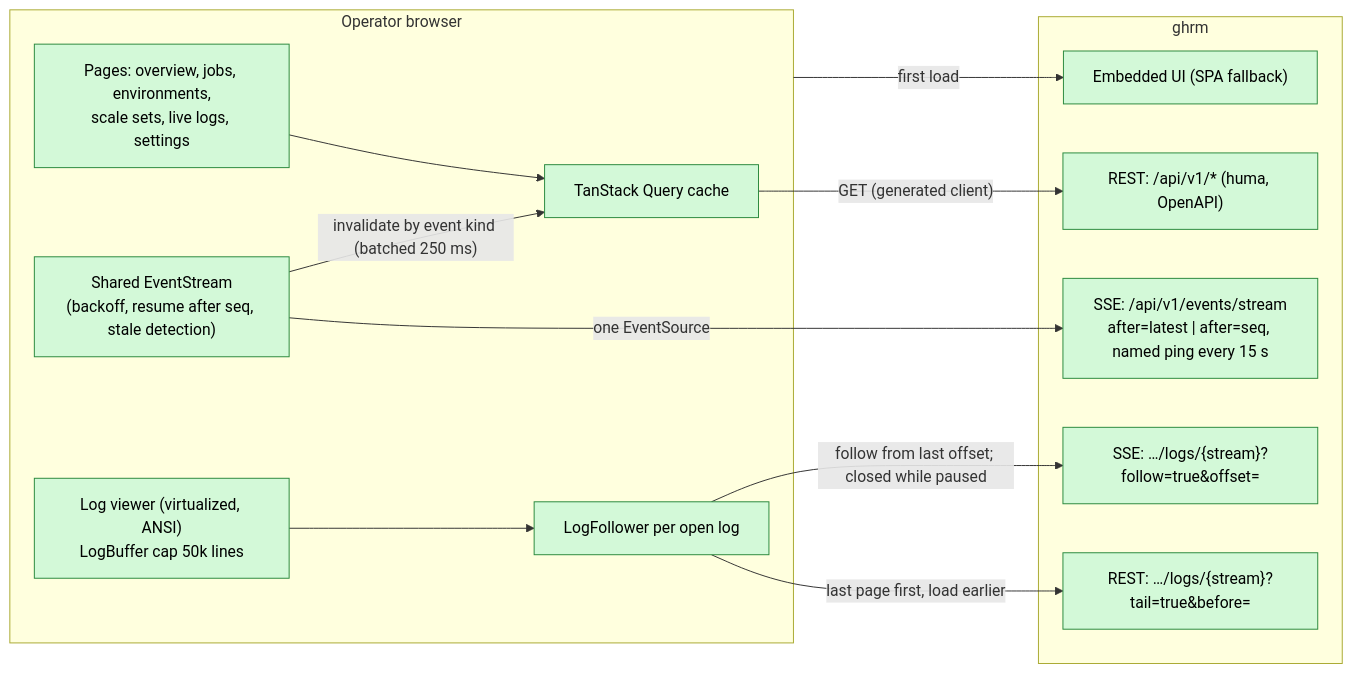
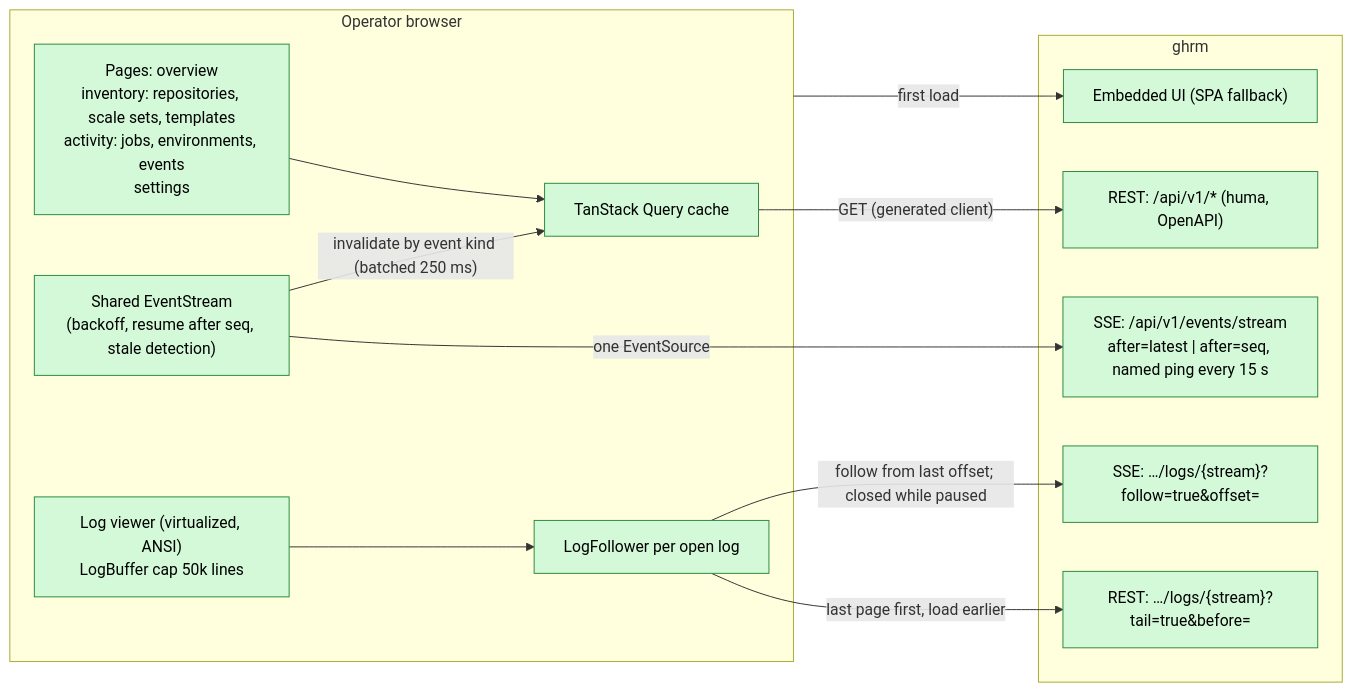
Before and after one commit to cocardoso/gh-runners-manager: the second of 13 diagrams in docs/architecture.md, drawn with Mermaid. The commit also changed 59 other files, not shown here.

First line of the commit message:
fix: review of inventory vs activity — no false lists, working breadcrumbs, live repositories

````diff
--- a/docs/architecture.md
+++ b/docs/architecture.md
@@ -117,28 +117,28 @@
 ```mermaid
 flowchart LR
     subgraph browser["Operator browser"]
-        pages["Pages: overview, jobs, environments,<br/>scale sets, live logs, settings"]
+        pages["Pages: overview<br/>inventory: repositories, scale sets, templates<br/>activity: jobs, environments, events<br/>settings"]
         query["TanStack Query cache"]
         live["Shared EventStream<br/>(backoff, resume after seq, stale detection)"]
         viewer["Log viewer (virtualized, ANSI)<br/>LogBuffer cap 50k lines"]
         follower["LogFollower per open log"]
     end
     subgraph ghrm["ghrm"]
         static["Embedded UI (SPA fallback)"]
         rest["REST: /api/v1/* (huma, OpenAPI)"]
         evsse["SSE: /api/v1/events/stream<br/>after=latest | after=seq, named ping every 15 s"]
         logsse["SSE: …/logs/{stream}?follow=true&offset="]
         tail["REST: …/logs/{stream}?tail=true&before="]
     end
     pages --> query
     query -- "GET (generated client)" --> rest
     live -- "one EventSource" --> evsse
     live -- "invalidate by event kind (batched 250 ms)" --> query
     viewer --> follower
     follower -- "last page first, load earlier" --> tail
     follower -- "follow from last offset; closed while paused" --> logsse
     browser -- "first load" --> static
 
     classDef done fill:#d3f9d8,stroke:#2b8a3e,color:#000
     class pages,query,live,viewer,follower,static,rest,evsse,logsse,tail done
 ```
````
